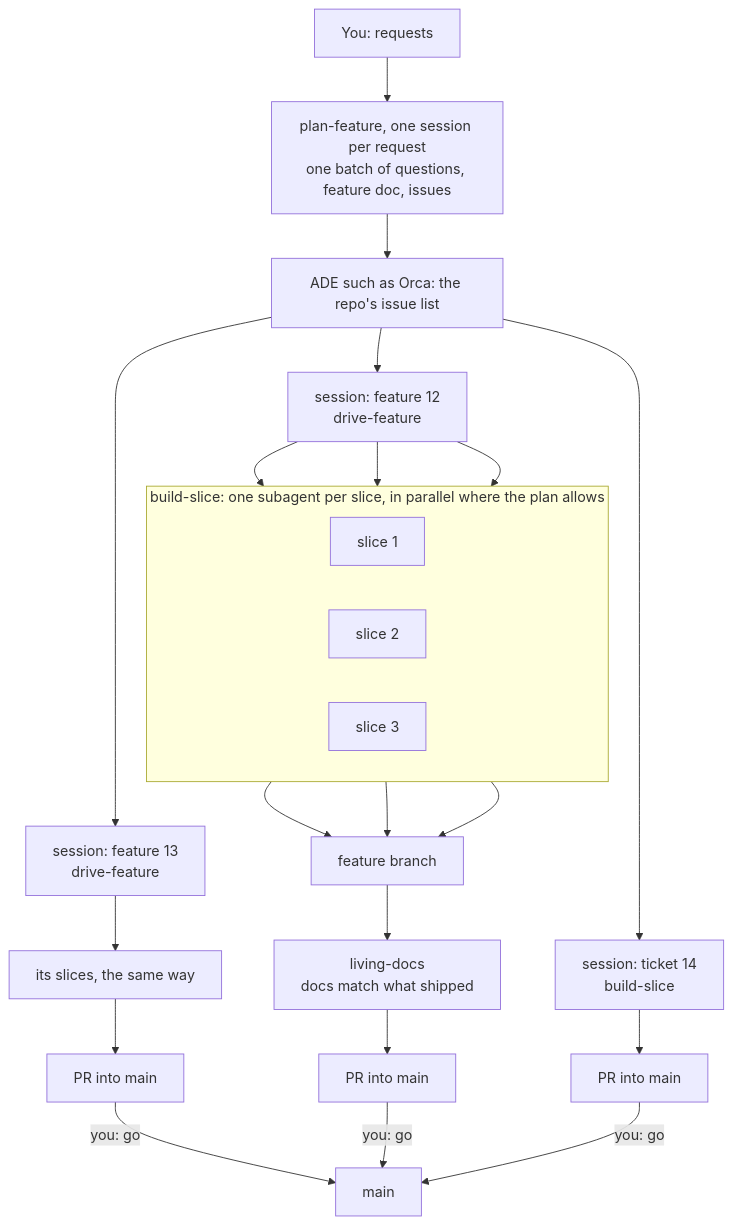
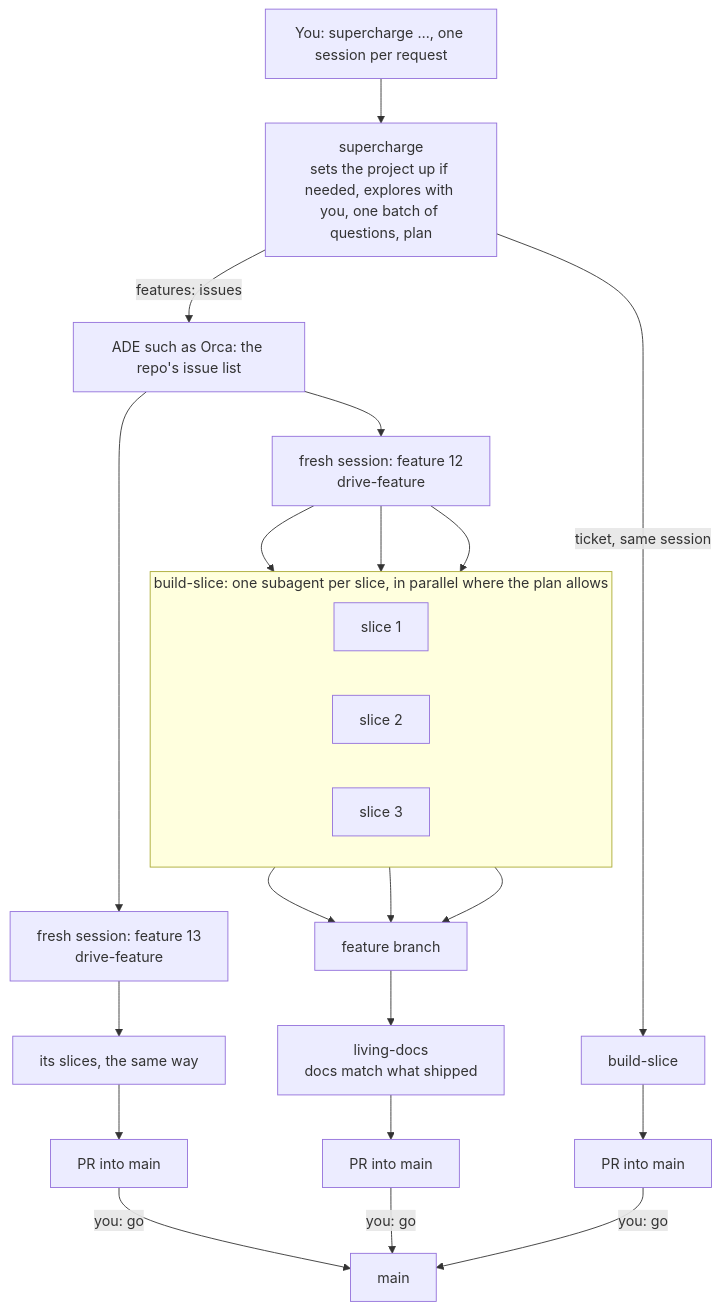
One commit to po2studio/supercharge changed the diagram in README.md. Above: the diagram before and after it, drawn with Mermaid. The commit also changed other lines of this file and 7 other files, not shown here.

Commit message:
Make /supercharge the single entry point, replacing plan-feature

````diff
--- a/README.md
+++ b/README.md
@@ -46,20 +46,20 @@
 ```mermaid
 flowchart TB
-    Y["You: requests"] --> P["plan-feature, one session per request<br>one batch of questions, feature doc, issues"]
-    P --> O["ADE such as Orca: the repo's issue list"]
-    O --> F2["session: feature 13<br>drive-feature"]
-    O --> F1["session: feature 12<br>drive-feature"]
-    O --> T["session: ticket 14<br>build-slice"]
+    Y["You: supercharge …, one session per request"] --> P["supercharge<br>sets the project up if needed, explores with you, one batch of questions, plan"]
+    P -->|"ticket, same session"| T["build-slice"]
+    P -->|"features: issues"| O["ADE such as Orca: the repo's issue list"]
+    O --> F2["fresh session: feature 13<br>drive-feature"]
+    O --> F1["fresh session: feature 12<br>drive-feature"]
     F2 --> F2s["its slices, the same way"] --> PR2["PR into main"]
     subgraph S ["build-slice: one subagent per slice, in parallel where the plan allows"]
         direction LR
         A1["slice 1"]
         A2["slice 2"]
         A3["slice 3"]
     end
     F1 --> A1 & A2 & A3
     A1 & A2 & A3 --> B["feature branch"]
     B --> L["living-docs<br>docs match what shipped"] --> PR1["PR into main"]
     T --> PR3["PR into main"]
     PR2 & PR1 & PR3 -->|"you: go"| M["main"]
 ```
````
